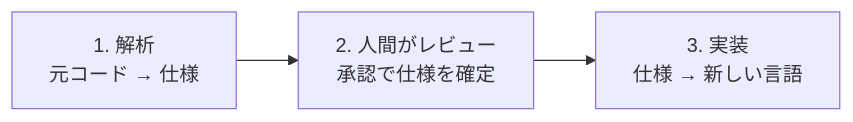
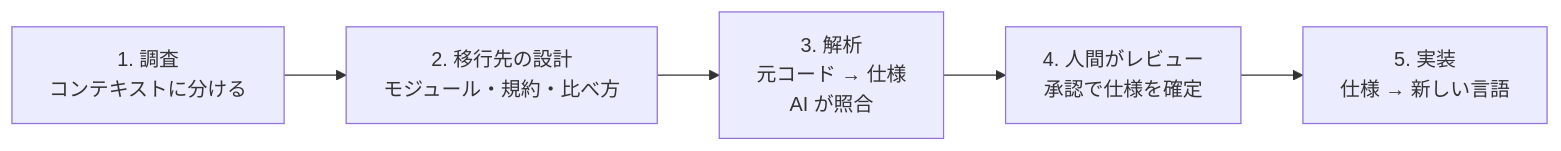
Before and after one commit to umauma00/spec-relay: the diagram in README.md, drawn with Mermaid. The commit also changed other lines of this file and 14 other files, not shown here.

First line of the commit message:
Update the skill, agents and docs for the new flow; add the checker agent

````diff
--- a/README.md
+++ b/README.md
@@ -9,4 +9,4 @@
 ```mermaid
 flowchart LR
-  A[1. 解析<br/>元コード → 仕様] --> B[2. 人間がレビュー<br/>承認で仕様を確定] --> C[3. 実装<br/>仕様 → 新しい言語]
+  S[1. 調査<br/>コンテキストに分ける] --> D[2. 移行先の設計<br/>モジュール・規約・比べ方] --> A[3. 解析<br/>元コード → 仕様<br/>AI が照合] --> B[4. 人間がレビュー<br/>承認で仕様を確定] --> C[5. 実装<br/>仕様 → 新しい言語]
 ```
````
